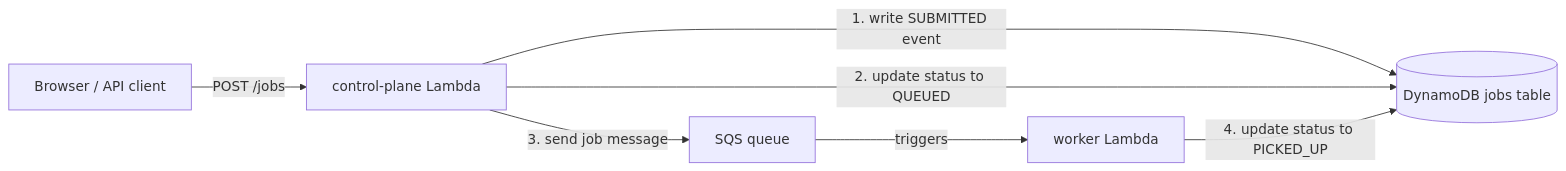
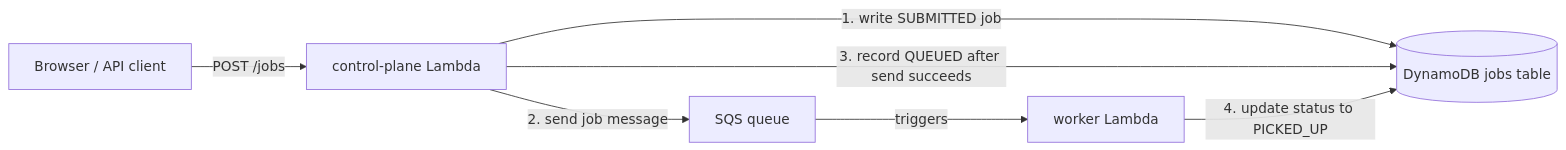
One commit to abhiverma31/factory-control-plane changed the diagram in README.md. Above: the diagram before and after it, drawn with Mermaid.

Commit message:
Clarify queued status in README flow

````diff
--- a/README.md
+++ b/README.md
@@ -25,15 +25,15 @@
 ```mermaid
 flowchart LR
     client[Browser / API client]
     control[control-plane Lambda]
     queue[SQS queue]
     worker[worker Lambda]
     db[(DynamoDB jobs table)]
 
     client -- "POST /jobs" --> control
-    control -- "1. write SUBMITTED event" --> db
-    control -- "2. update status to QUEUED" --> db
-    control -- "3. send job message" --> queue
+    control -- "1. write SUBMITTED job" --> db
+    control -- "2. send job message" --> queue
+    control -- "3. record QUEUED after send succeeds" --> db
     queue -- "triggers" --> worker
     worker -- "4. update status to PICKED_UP" --> db
 ```
````
